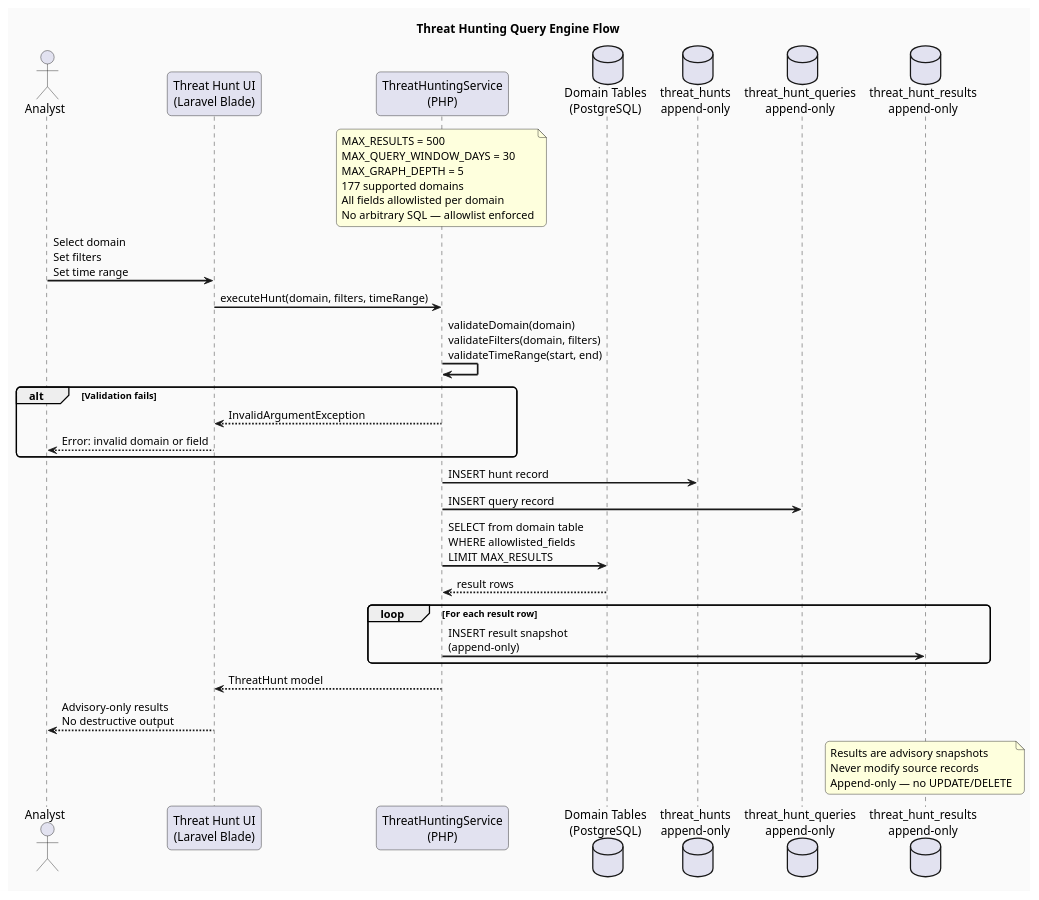
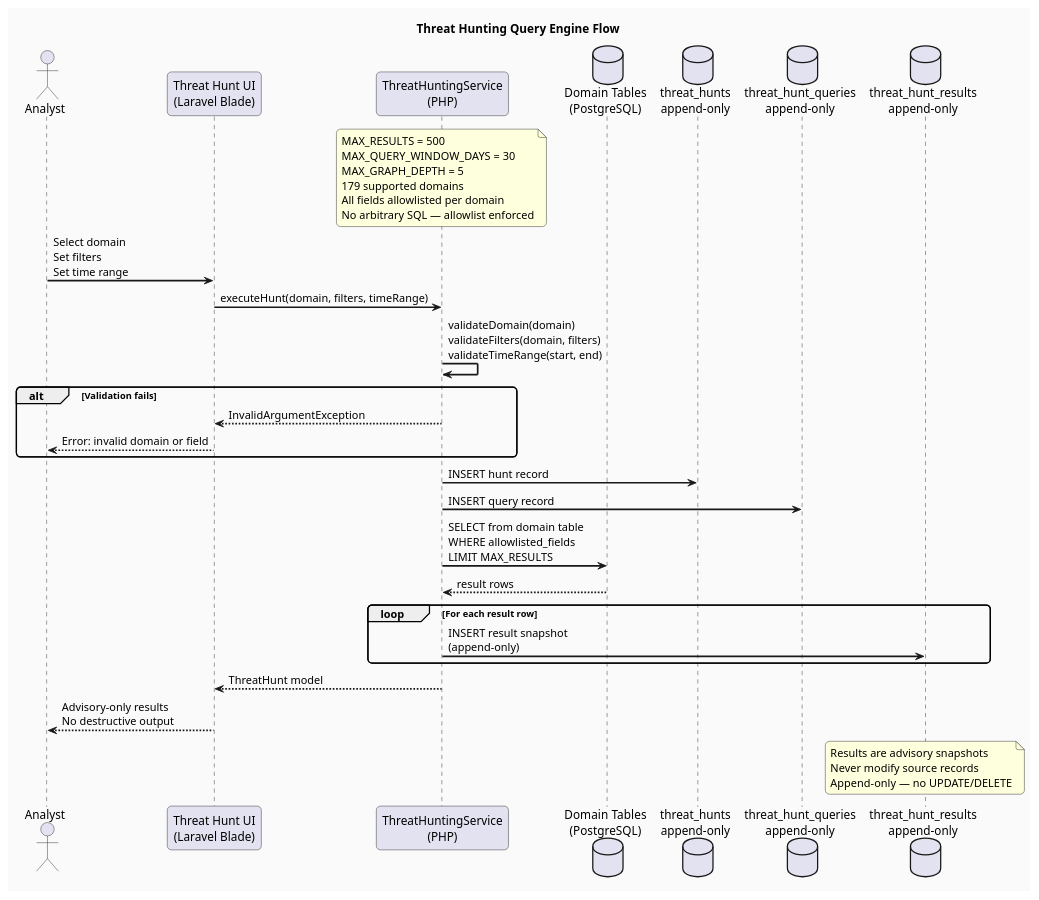
One commit to AlfiMuhtadii/enterprise-SIEM changed the diagram in docs/architecture/plantuml/threat_hunting_flow.puml. Above: the diagram before and after it, drawn with PlantUML. The commit also changed 50 other files, not shown here.

```diff
--- a/docs/architecture/plantuml/threat_hunting_flow.puml
+++ b/docs/architecture/plantuml/threat_hunting_flow.puml
@@ -1,53 +1,53 @@
 @startuml threat_hunting_flow
 title Threat Hunting Query Engine Flow
 
 skinparam backgroundColor #FAFAFA
 skinparam roundcorner 10
 skinparam sequenceArrowThickness 2
 
 actor Analyst
 participant "Threat Hunt UI\n(Laravel Blade)" as UI
 participant "ThreatHuntingService\n(PHP)" as SVC
 database "Domain Tables\n(PostgreSQL)" as DB
 database "threat_hunts\nappend-only" as HUNTS
 database "threat_hunt_queries\nappend-only" as QUERIES
 database "threat_hunt_results\nappend-only" as RESULTS
 
 note over SVC
   MAX_RESULTS = 500
   MAX_QUERY_WINDOW_DAYS = 30
   MAX_GRAPH_DEPTH = 5
-  177 supported domains
+  179 supported domains
   All fields allowlisted per domain
   No arbitrary SQL — allowlist enforced
 end note
 
 Analyst -> UI : Select domain\nSet filters\nSet time range
 UI -> SVC : executeHunt(domain, filters, timeRange)
 
 SVC -> SVC : validateDomain(domain)\nvalidateFilters(domain, filters)\nvalidateTimeRange(start, end)
 
 alt Validation fails
   SVC --> UI : InvalidArgumentException
   UI --> Analyst : Error: invalid domain or field
 end
 
 SVC -> HUNTS : INSERT hunt record
 SVC -> QUERIES : INSERT query record
 SVC -> DB : SELECT from domain table\nWHERE allowlisted_fields\nLIMIT MAX_RESULTS
 DB --> SVC : result rows
 
 loop For each result row
   SVC -> RESULTS : INSERT result snapshot\n(append-only)
 end
 
 SVC --> UI : ThreatHunt model
 UI --> Analyst : Advisory-only results\nNo destructive output
 
 note over RESULTS
   Results are advisory snapshots
   Never modify source records
   Append-only — no UPDATE/DELETE
 end note
 
 @enduml
```
